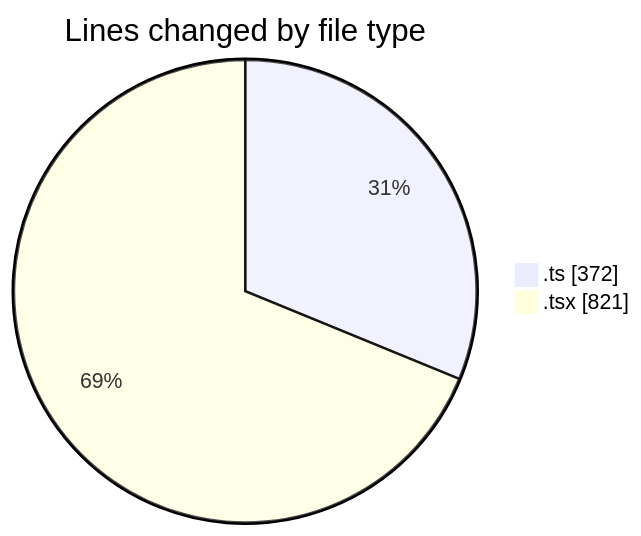
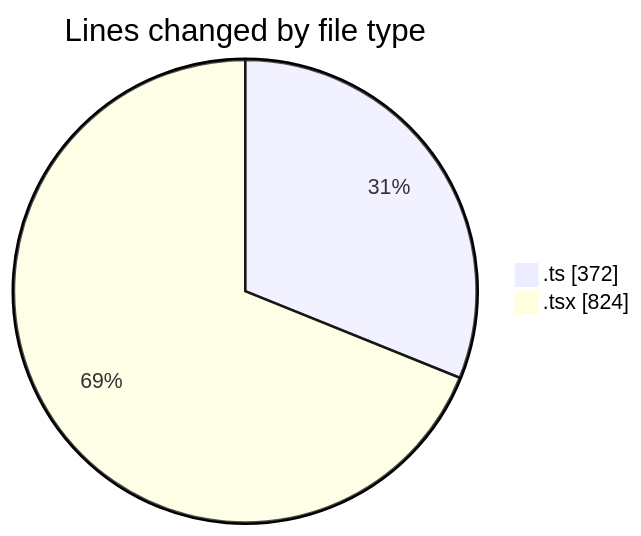
Before and after one commit to robertbonfada/code-tracking: the first of 2 diagrams in 2025-02-25/mbc-web/README.md, drawn with Mermaid. The commit also changed other lines of this file and 1 other file, not shown here.

````diff
--- a/2025-02-25/mbc-web/README.md
+++ b/2025-02-25/mbc-web/README.md
@@ -23,6 +23,6 @@
 ```mermaid
 pie showData
 title Lines changed by file type
 ".ts" : 372
-".tsx" : 821
+".tsx" : 824
 ```
````
